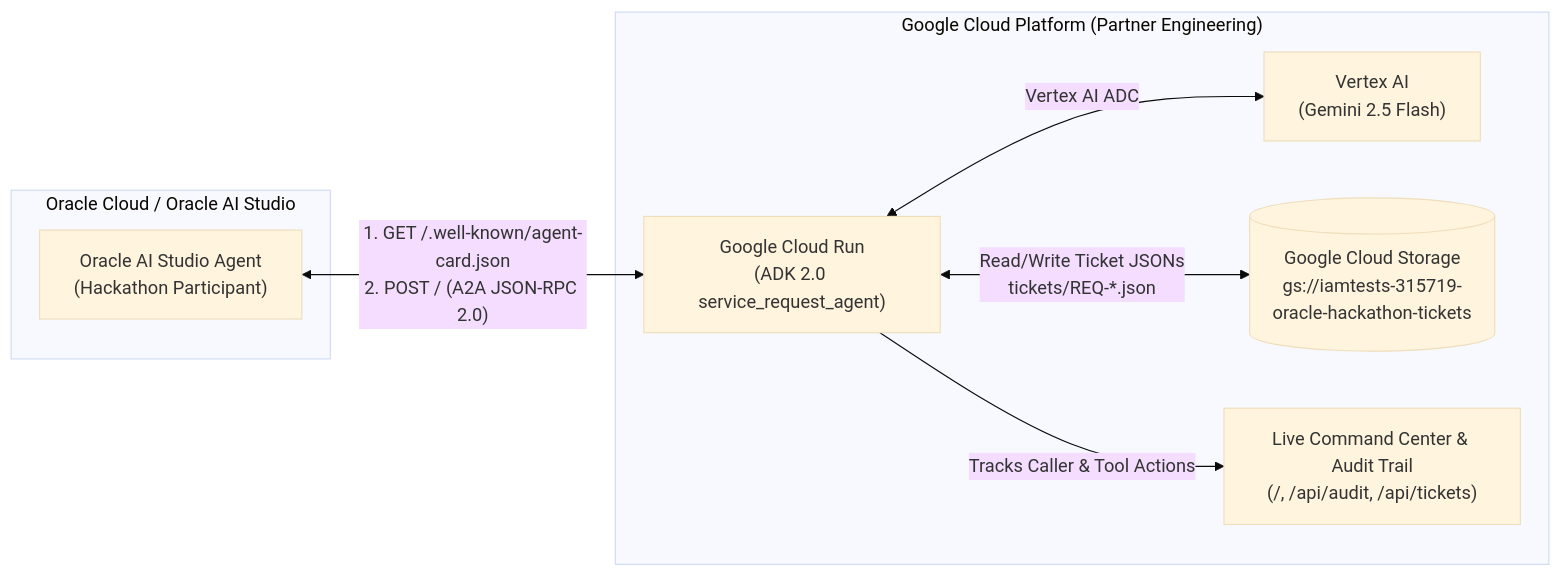
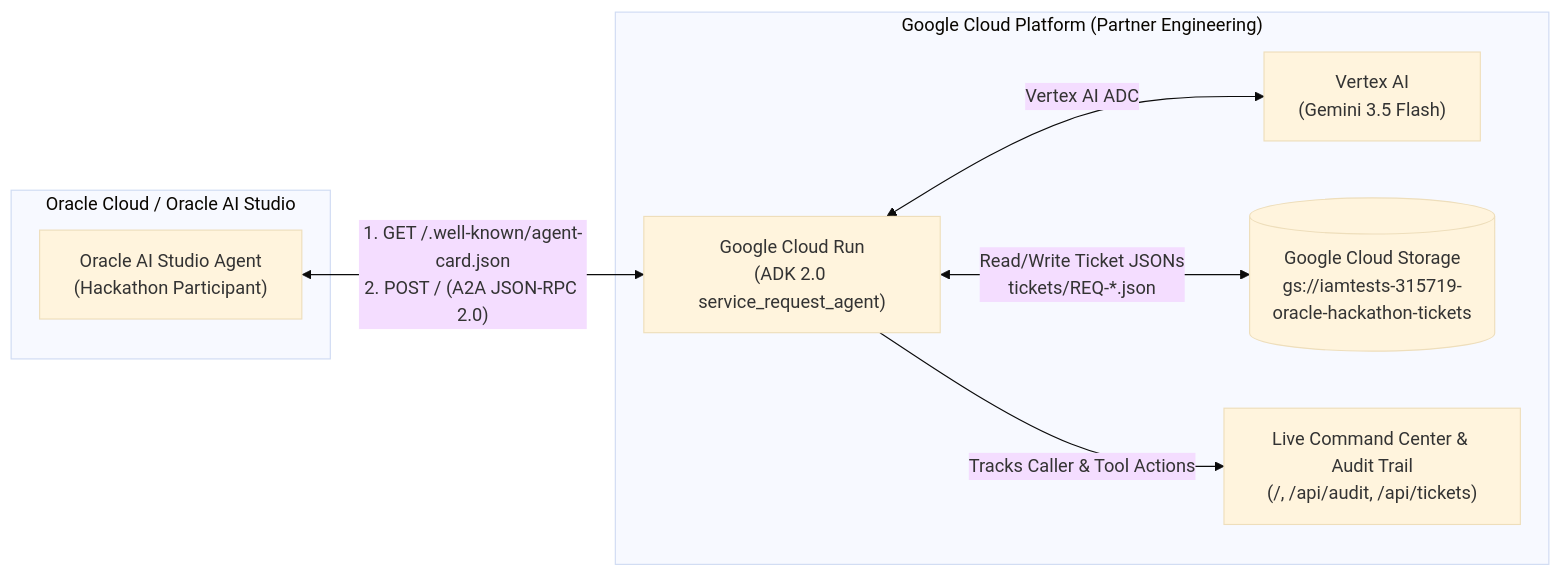
Before and after one commit to anwarbe/service-request-a2a-agent: the diagram in ORACLE_HACKATHON_GUIDE.md, drawn with Mermaid (base theme). The commit also changed other lines of this file and 5 other files, not shown here.

Commit message:
Upgrade default model to gemini-3.5-flash (Vertex AI global endpoint)

````diff
--- a/ORACLE_HACKATHON_GUIDE.md
+++ b/ORACLE_HACKATHON_GUIDE.md
@@ -31,18 +31,18 @@
 ```mermaid
 flowchart LR
     subgraph Oracle["Oracle Cloud / Oracle AI Studio"]
         OAI["Oracle AI Studio Agent\n(Hackathon Participant)"]
     end
 
     subgraph GCP["Google Cloud Platform (Partner Engineering)"]
         CR["Google Cloud Run\n(ADK 2.0 service_request_agent)"]
-        VA["Vertex AI\n(Gemini 2.5 Flash)"]
+        VA["Vertex AI\n(Gemini 3.5 Flash)"]
         GCS[("Google Cloud Storage\ngs://iamtests-315719-oracle-hackathon-tickets")]
         AUD["Live Command Center & Audit Trail\n(/, /api/audit, /api/tickets)"]
     end
 
     OAI <-->|"1. GET /.well-known/agent-card.json\n2. POST / (A2A JSON-RPC 2.0)"| CR
     CR <-->|"Vertex AI ADC"| VA
     CR <-->|"Read/Write Ticket JSONs\ntickets/REQ-*.json"| GCS
     CR -->|"Tracks Caller & Tool Actions"| AUD
 ```
````
